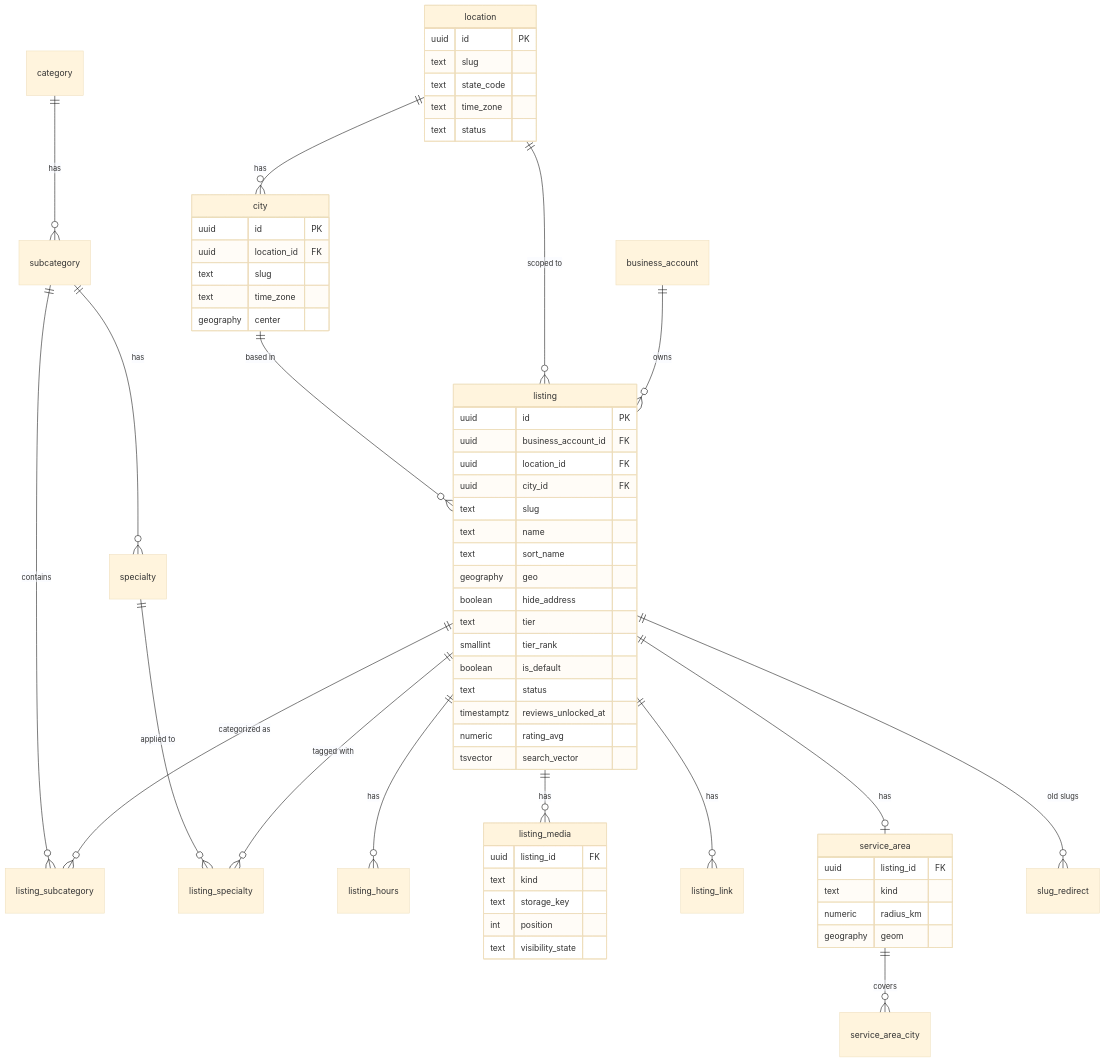
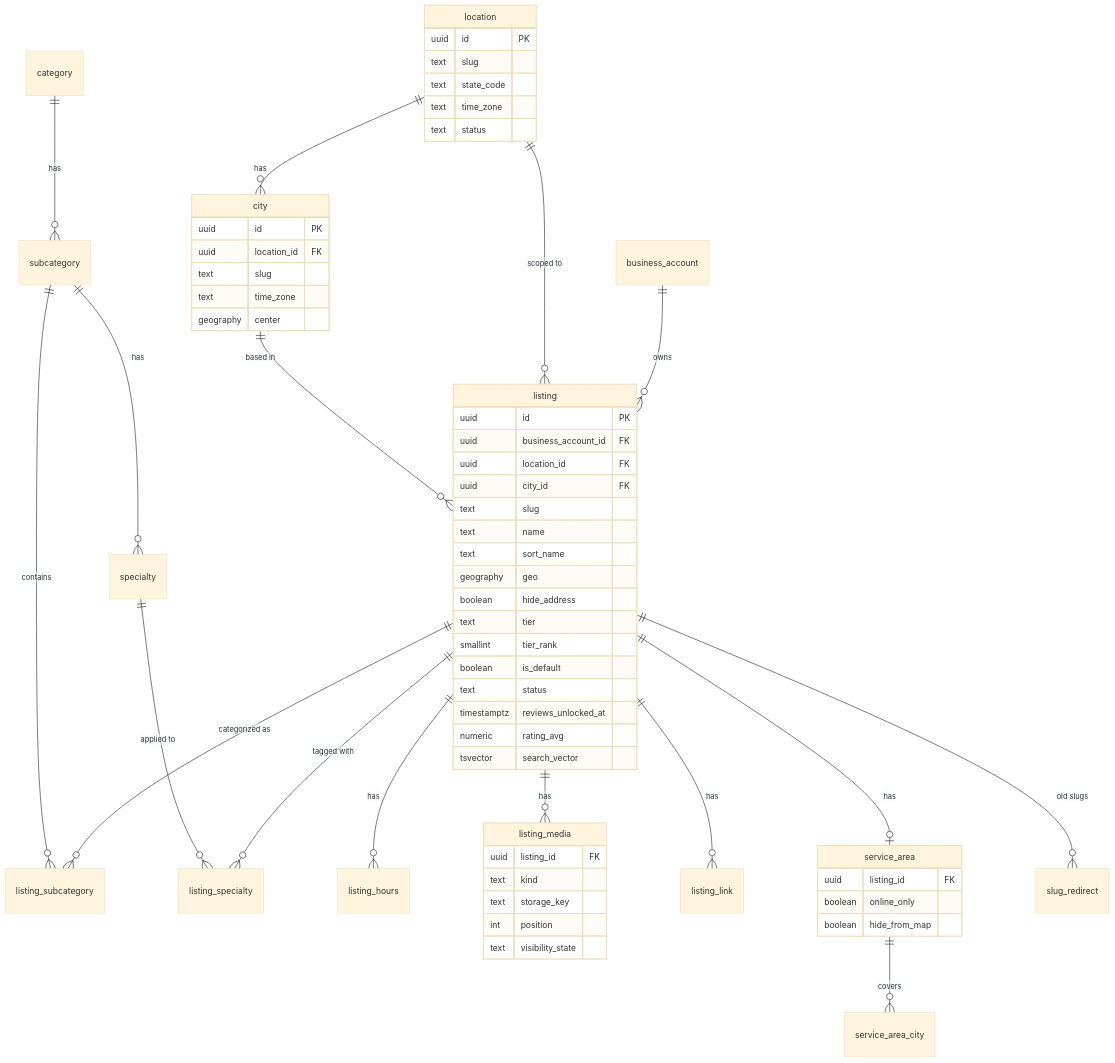
The fifth of 14 diagrams in docs/architecture/system-overview.md (Rohanb1836/directory-app-infra-rohan), drawn with Mermaid (base theme) before and after one commit. The commit also changed other lines of this file and 13 other files, not shown here.

Commit message:
added frontend architecture, adr, updated answers from Desmond

````diff
--- a/docs/architecture/system-overview.md
+++ b/docs/architecture/system-overview.md
@@ -332,65 +334,64 @@
 ```mermaid
 erDiagram
     location ||--o{ city : has
     business_account ||--o{ listing : owns
     location ||--o{ listing : "scoped to"
     city ||--o{ listing : "based in"
     category ||--o{ subcategory : has
     subcategory ||--o{ specialty : has
     listing ||--o{ listing_subcategory : "categorized as"
     subcategory ||--o{ listing_subcategory : "contains"
     listing ||--o{ listing_specialty : "tagged with"
     specialty ||--o{ listing_specialty : "applied to"
     listing ||--o{ listing_hours : has
     listing ||--o{ listing_media : has
     listing ||--o{ listing_link : has
     listing ||--o| service_area : has
     service_area ||--o{ service_area_city : covers
     listing ||--o{ slug_redirect : "old slugs"
 
     location {
         uuid id PK
         text slug
         text state_code
         text time_zone
         text status
     }
     city {
         uuid id PK
         uuid location_id FK
         text slug
         text time_zone
         geography center
     }
     listing {
         uuid id PK
         uuid business_account_id FK
         uuid location_id FK
         uuid city_id FK
         text slug
         text name
         text sort_name
         geography geo
         boolean hide_address
         text tier
         smallint tier_rank
         boolean is_default
         text status
         timestamptz reviews_unlocked_at
         numeric rating_avg
         tsvector search_vector
     }
     listing_media {
         uuid listing_id FK
         text kind
         text storage_key
         int position
         text visibility_state
     }
     service_area {
         uuid listing_id FK
-        text kind
-        numeric radius_km
-        geography geom
+        boolean online_only
+        boolean hide_from_map
     }
 ```
````
